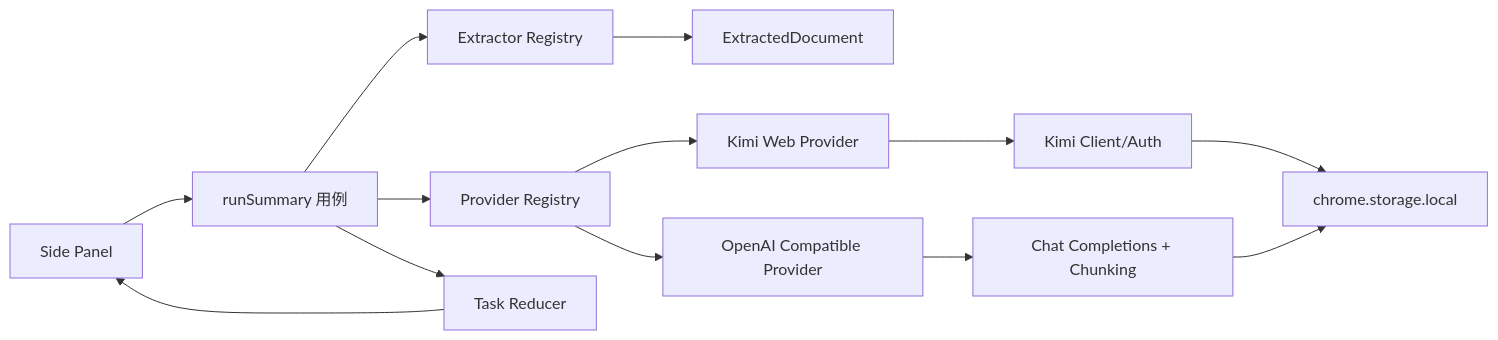
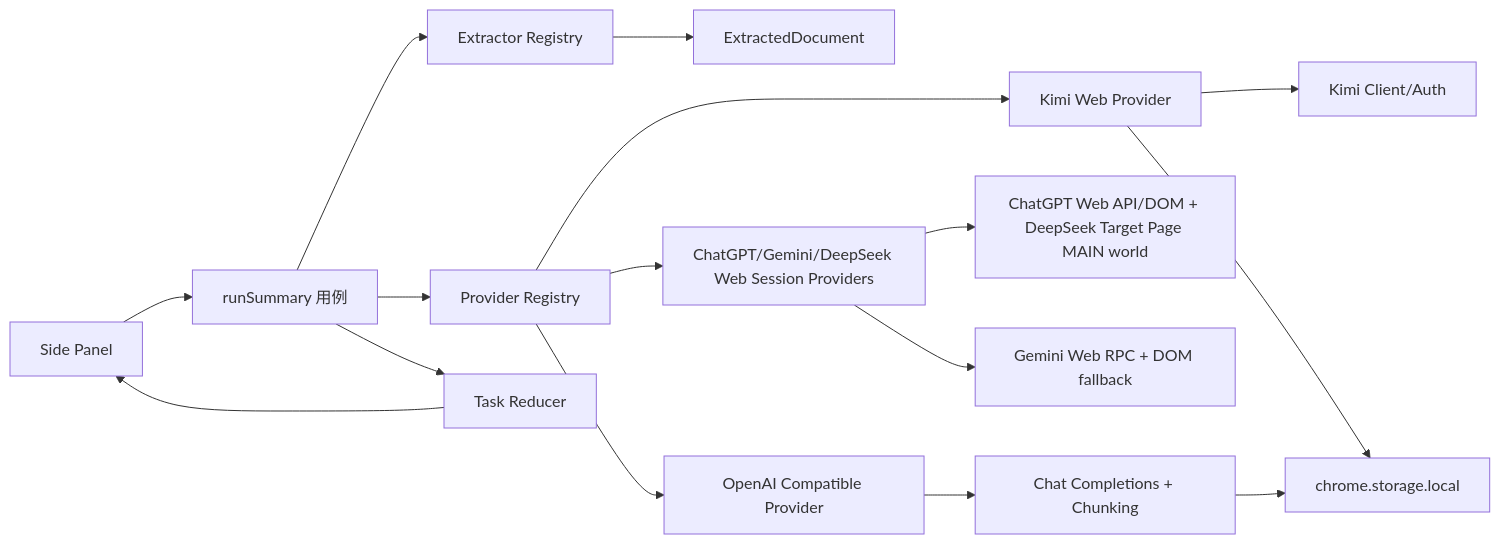
The diagram in docs/ARCHITECTURE.md (coolxll/kimi-copilot-remake), drawn with Mermaid before and after one commit. The commit also changed other lines of this file and 30 other files, not shown here.

````diff
--- a/docs/ARCHITECTURE.md
+++ b/docs/ARCHITECTURE.md
@@ -5,15 +5,18 @@
 ```mermaid
 flowchart LR
   A[Side Panel] --> B[runSummary 用例]
   B --> C[Extractor Registry]
   C --> D[ExtractedDocument]
   B --> E[Provider Registry]
   E --> F[Kimi Web Provider]
-  E --> G[OpenAI Compatible Provider]
-  F --> H[Kimi Client/Auth]
-  G --> I[Chat Completions + Chunking]
-  H --> J[chrome.storage.local]
-  I --> J
-  B --> K[Task Reducer]
-  K --> A
+  E --> G[ChatGPT/Gemini/DeepSeek Web Session Providers]
+  E --> H[OpenAI Compatible Provider]
+  F --> I[Kimi Client/Auth]
+  G --> J[ChatGPT Web API/DOM + DeepSeek Target Page MAIN world]
+  G --> N[Gemini Web RPC + DOM fallback]
+  H --> K[Chat Completions + Chunking]
+  F --> L[chrome.storage.local]
+  K --> L
+  B --> M[Task Reducer]
+  M --> A
 ```
````
